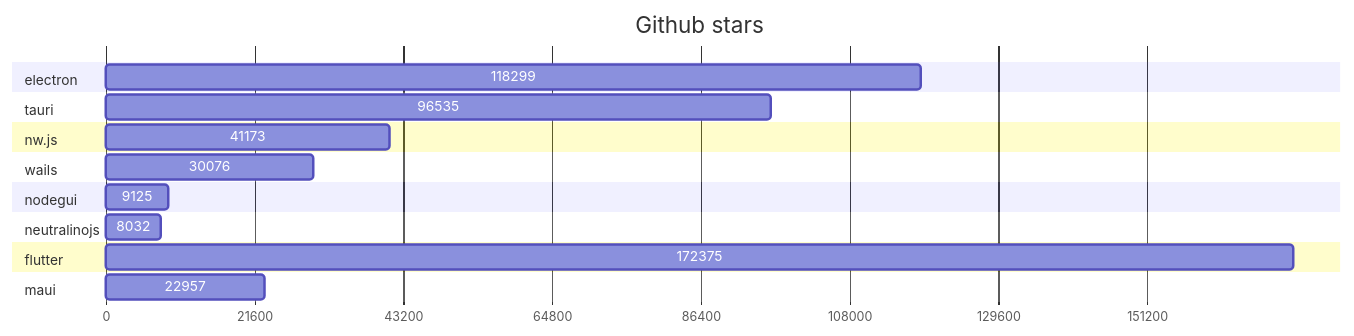
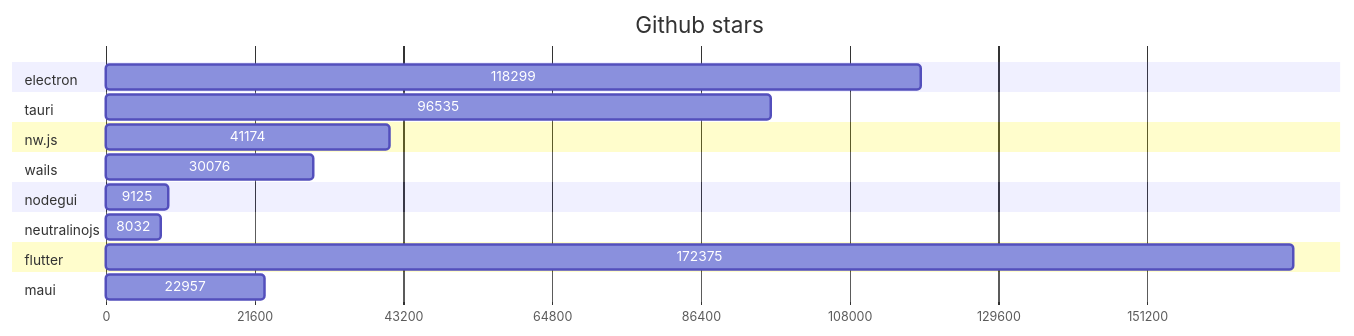
One commit to Elanis/web-to-desktop-framework-comparison changed the first of 2 diagrams in GRAPHS.md. Above: the diagram before and after it, drawn with Mermaid. The commit also changed 1 other file, not shown here.

Commit message:
Update stars & Fork

````diff
--- a/GRAPHS.md
+++ b/GRAPHS.md
@@ -5,40 +5,40 @@
 ```mermaid
 gantt
     title Github stars
     dateFormat  X
     axisFormat %s
 
 
 	section electron
 	118299 : 0, 118299
 
 	
 	section tauri
 	96535 : 0, 96535
 
 	
 	section nw.js
-	41173 : 0, 41173
+	41174 : 0, 41174
 
 	
 	section wails
 	30076 : 0, 30076
 
 	
 	section nodegui
 	9125 : 0, 9125
 
 	
 	section neutralinojs
 	8032 : 0, 8032
 
 	
 	section flutter
 	172375 : 0, 172375
 
 	
 	section maui
 	22957 : 0, 22957
 
 	
 ```
````
